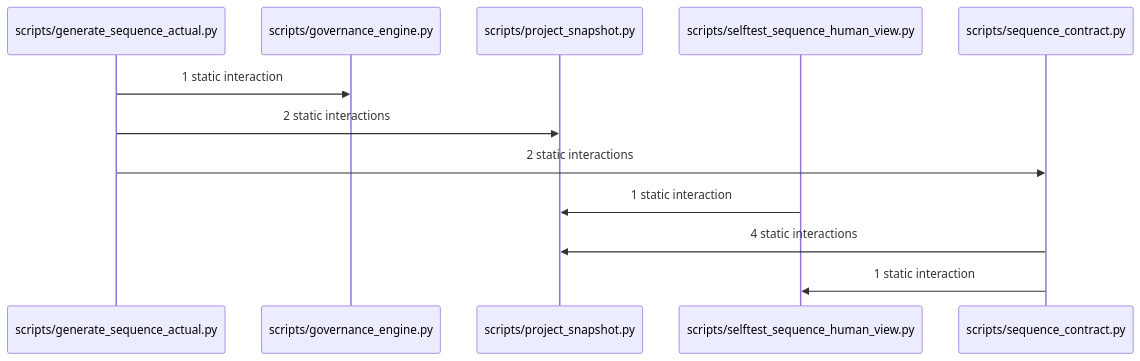
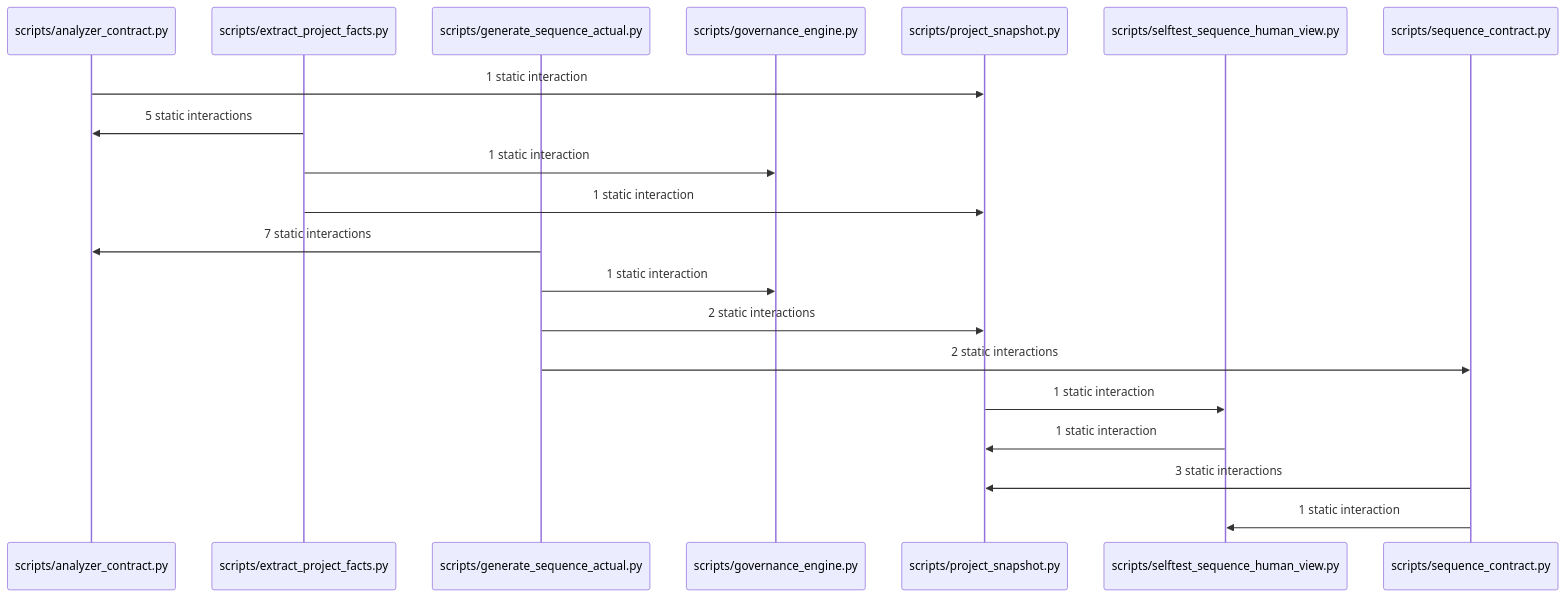
Before and after one commit to maxqstudio/Skill_Workflow: the diagram in docs/sequence/generated/SW2-06-GOVERNANCE.human.mmd, drawn with Mermaid. The commit also changed 23 other files, not shown here.

Commit message:
gov(sw2-06): synchronize analyzer contract evidence

```diff
--- a/docs/sequence/generated/SW2-06-GOVERNANCE.human.mmd
+++ b/docs/sequence/generated/SW2-06-GOVERNANCE.human.mmd
@@ -1,16 +1,24 @@
 %% GENERATED FILE - DO NOT EDIT
-%% SOURCE_DIGEST: cce7650c3f7d36d1ff14410b83a7415f33ae157e19896855a2564dd7262ab5ac
+%% SOURCE_DIGEST: 4598fbe238329afe4eade6b4a5dbb1b9ec7a66abe13ea80e22dd406865aa9cce
 %% POLICY_ID: module-collapse-v1
 %% GENERATED_BY: sequence_human_view.py
 sequenceDiagram
-    participant module_scripts_generate_sequence_actual_py_0 as scripts/generate_sequence_actual.py
-    participant module_scripts_governance_engine_py_1 as scripts/governance_engine.py
-    participant module_scripts_project_snapshot_py_2 as scripts/project_snapshot.py
-    participant module_scripts_selftest_sequence_human_view_py_3 as scripts/selftest_sequence_human_view.py
-    participant module_scripts_sequence_contract_py_4 as scripts/sequence_contract.py
-    module_scripts_generate_sequence_actual_py_0->>module_scripts_governance_engine_py_1: 1 static interaction
-    module_scripts_generate_sequence_actual_py_0->>module_scripts_project_snapshot_py_2: 2 static interactions
-    module_scripts_generate_sequence_actual_py_0->>module_scripts_sequence_contract_py_4: 2 static interactions
-    module_scripts_selftest_sequence_human_view_py_3->>module_scripts_project_snapshot_py_2: 1 static interaction
-    module_scripts_sequence_contract_py_4->>module_scripts_project_snapshot_py_2: 4 static interactions
-    module_scripts_sequence_contract_py_4->>module_scripts_selftest_sequence_human_view_py_3: 1 static interaction
+    participant module_scripts_analyzer_contract_py_0 as scripts/analyzer_contract.py
+    participant module_scripts_extract_project_facts_py_1 as scripts/extract_project_facts.py
+    participant module_scripts_generate_sequence_actual_py_2 as scripts/generate_sequence_actual.py
+    participant module_scripts_governance_engine_py_3 as scripts/governance_engine.py
+    participant module_scripts_project_snapshot_py_4 as scripts/project_snapshot.py
+    participant module_scripts_selftest_sequence_human_view_py_5 as scripts/selftest_sequence_human_view.py
+    participant module_scripts_sequence_contract_py_6 as scripts/sequence_contract.py
+    module_scripts_analyzer_contract_py_0->>module_scripts_project_snapshot_py_4: 1 static interaction
+    module_scripts_extract_project_facts_py_1->>module_scripts_analyzer_contract_py_0: 5 static interactions
+    module_scripts_extract_project_facts_py_1->>module_scripts_governance_engine_py_3: 1 static interaction
+    module_scripts_extract_project_facts_py_1->>module_scripts_project_snapshot_py_4: 1 static interaction
+    module_scripts_generate_sequence_actual_py_2->>module_scripts_analyzer_contract_py_0: 7 static interactions
+    module_scripts_generate_sequence_actual_py_2->>module_scripts_governance_engine_py_3: 1 static interaction
+    module_scripts_generate_sequence_actual_py_2->>module_scripts_project_snapshot_py_4: 2 static interactions
+    module_scripts_generate_sequence_actual_py_2->>module_scripts_sequence_contract_py_6: 2 static interactions
+    module_scripts_project_snapshot_py_4->>module_scripts_selftest_sequence_human_view_py_5: 1 static interaction
+    module_scripts_selftest_sequence_human_view_py_5->>module_scripts_project_snapshot_py_4: 1 static interaction
+    module_scripts_sequence_contract_py_6->>module_scripts_project_snapshot_py_4: 3 static interactions
+    module_scripts_sequence_contract_py_6->>module_scripts_selftest_sequence_human_view_py_5: 1 static interaction
```
